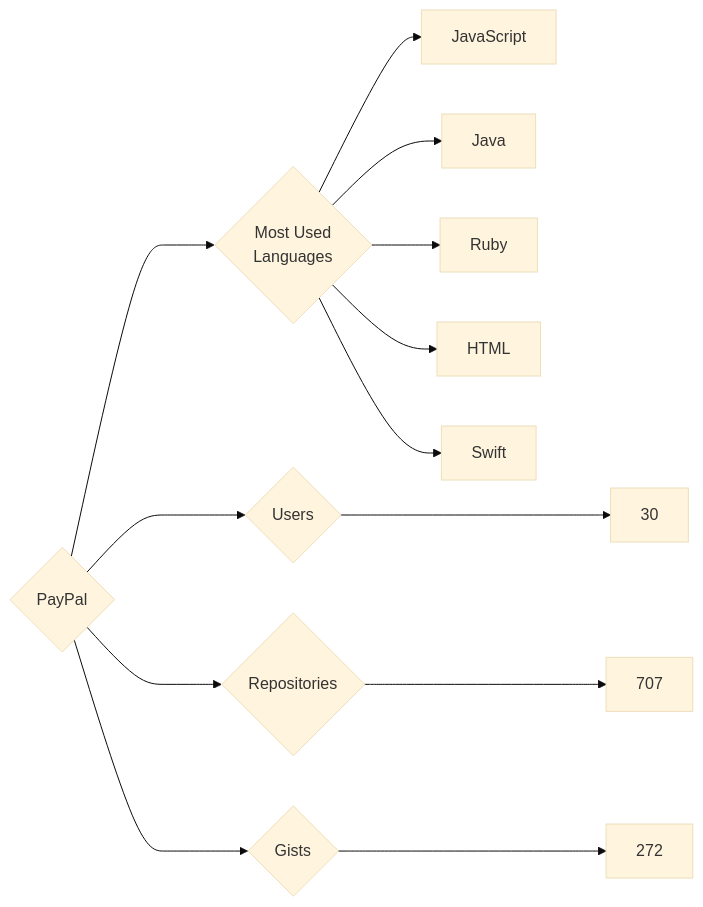
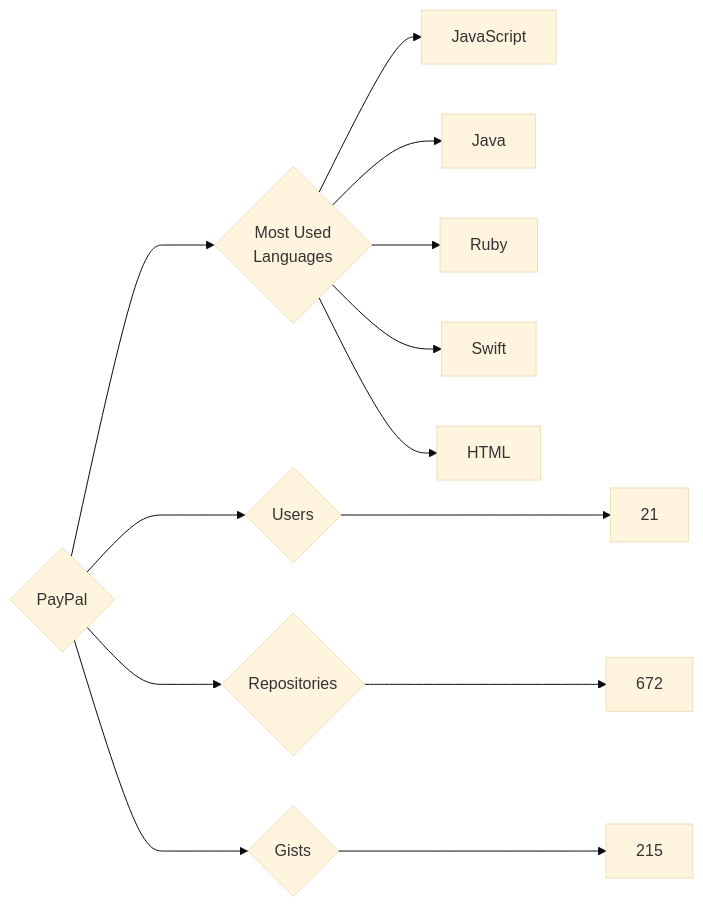
Before and after one commit to trickest/insiders: the diagram in targets/PayPal/README.md, drawn with Mermaid (base theme). The commit also changed 765 other files, not shown here.

````diff
--- a/targets/PayPal/README.md
+++ b/targets/PayPal/README.md
@@ -3,13 +3,13 @@
 ```mermaid
 graph LR
 COMPANY_NAME{PayPal}
-COMPANY_NAME ---> U{Users} ---> UN[30]
-COMPANY_NAME ---> R{Repositories} ---> RN[707]
-COMPANY_NAME ---> G{Gists} ---> GN[272]
+COMPANY_NAME ---> U{Users} ---> UN[21]
+COMPANY_NAME ---> R{Repositories} ---> RN[672]
+COMPANY_NAME ---> G{Gists} ---> GN[215]
 COMPANY_NAME ---> ML{Most Used<br>Languages}
 ML --> JavaScript[JavaScript]
 ML --> Java[Java]
 ML --> Ruby[Ruby]
+ML --> Swift[Swift]
 ML --> HTML[HTML]
-ML --> Swift[Swift]
 ```
````
